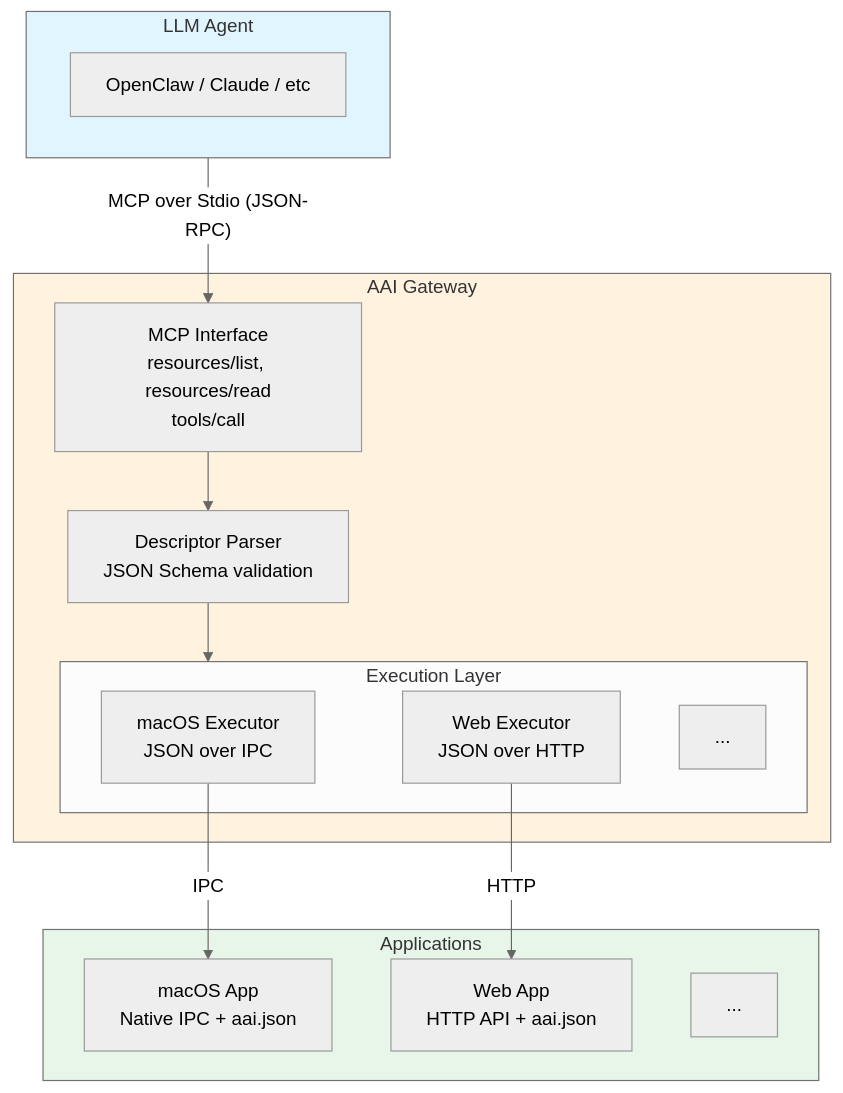
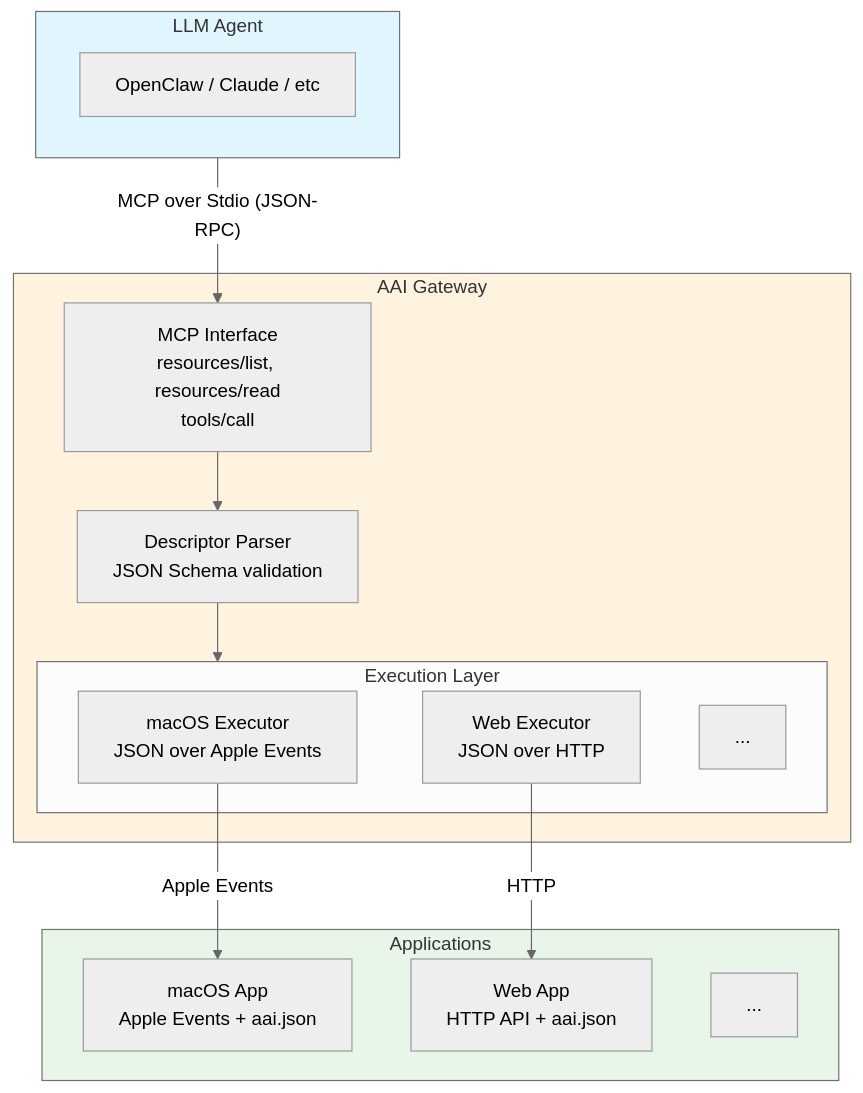
The diagram in spec/architecture.md (gybob/aai-protocol), drawn with Mermaid (neutral theme) before and after one commit. The commit also changed other lines of this file and 1 other file, not shown here.

Commit message:
fix: macOS 平台明确约定使用 Apple Events 作为 IPC 机制

````diff
--- a/spec/architecture.md
+++ b/spec/architecture.md
@@ -5,34 +5,34 @@
 ```mermaid
 flowchart TB
     subgraph Agent["LLM Agent"]
         A1[OpenClaw / Claude / etc]
     end
 
     subgraph Gateway["AAI Gateway"]
         G1["MCP Interface<br/>resources/list, resources/read<br/>tools/call"]
         G2["Descriptor Parser<br/>JSON Schema validation"]
         G3["Execution Layer"]
         
         subgraph G3["Execution Layer"]
-            E1["macOS Executor<br/>JSON over IPC"]
+            E1["macOS Executor<br/>JSON over Apple Events"]
             E2["Web Executor<br/>JSON over HTTP"]
             E3["..."]
         end
         
         G1 --> G2 --> G3
     end
 
     subgraph Apps["Applications"]
-        D1["macOS App<br/>Native IPC + aai.json"]
+        D1["macOS App<br/>Apple Events + aai.json"]
         W1["Web App<br/>HTTP API + aai.json"]
         X1["..."]
     end
 
     Agent -->|"MCP over Stdio (JSON-RPC)"| G1
-    E1 -->|"IPC"| D1
+    E1 -->|"Apple Events"| D1
     E2 -->|"HTTP"| W1
 
     style Agent fill:#e1f5fe
     style Gateway fill:#fff3e0
     style Apps fill:#e8f5e9
 ```
````
